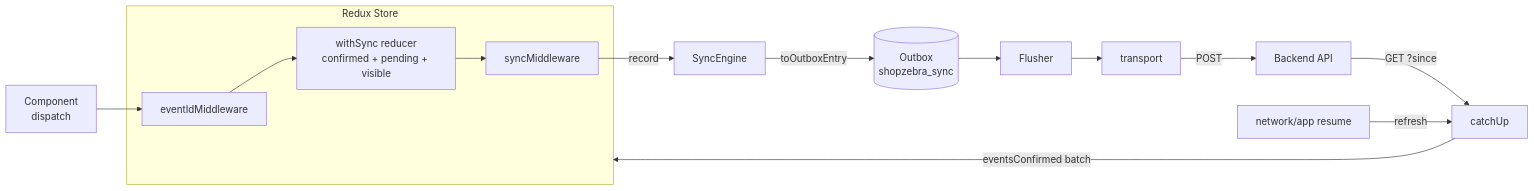
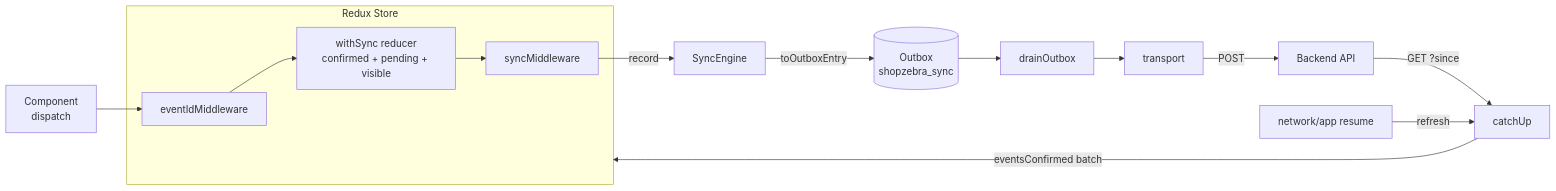
The second of 5 diagrams in apps/mobile/src/app/sync/README.md (chrba/shopzebra), drawn with Mermaid before and after one commit. The commit also changed other lines of this file and 9 other files, not shown here.

Commit message:
feat: moved flusher to drainOutbox and sync on every action

````diff
--- a/apps/mobile/src/app/sync/README.md
+++ b/apps/mobile/src/app/sync/README.md
@@ -74,13 +74,13 @@
 ```mermaid
 flowchart LR
     subgraph store [Redux Store]
         MW1[eventIdMiddleware] --> MW2[withSync reducer<br/>confirmed + pending + visible] --> MW3[syncMiddleware]
     end
     UI[Component<br/>dispatch] --> MW1
     MW3 -->|record| ENG[SyncEngine]
     ENG -->|toOutboxEntry| OB[(Outbox<br/>shopzebra_sync)]
-    OB --> FL[Flusher] --> TR[transport] -->|POST| API[Backend API]
+    OB --> DR[drainOutbox] --> TR[transport] -->|POST| API[Backend API]
     API -->|GET ?since| CU[catchUp]
     CU -->|eventsConfirmed batch| store
     NET[network/app resume] -->|refresh| CU
 ```
````
